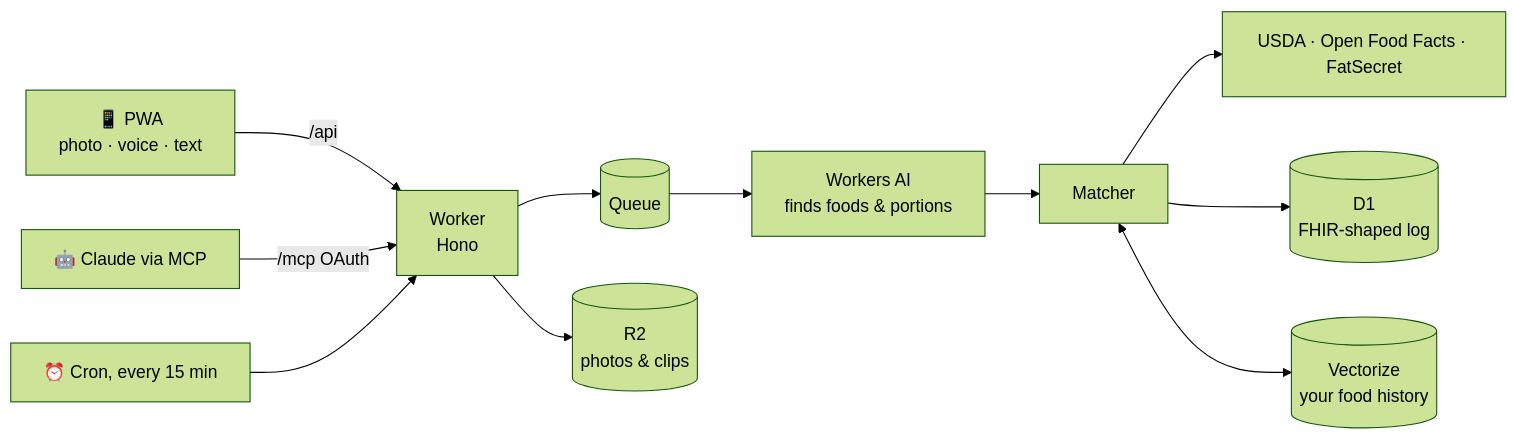
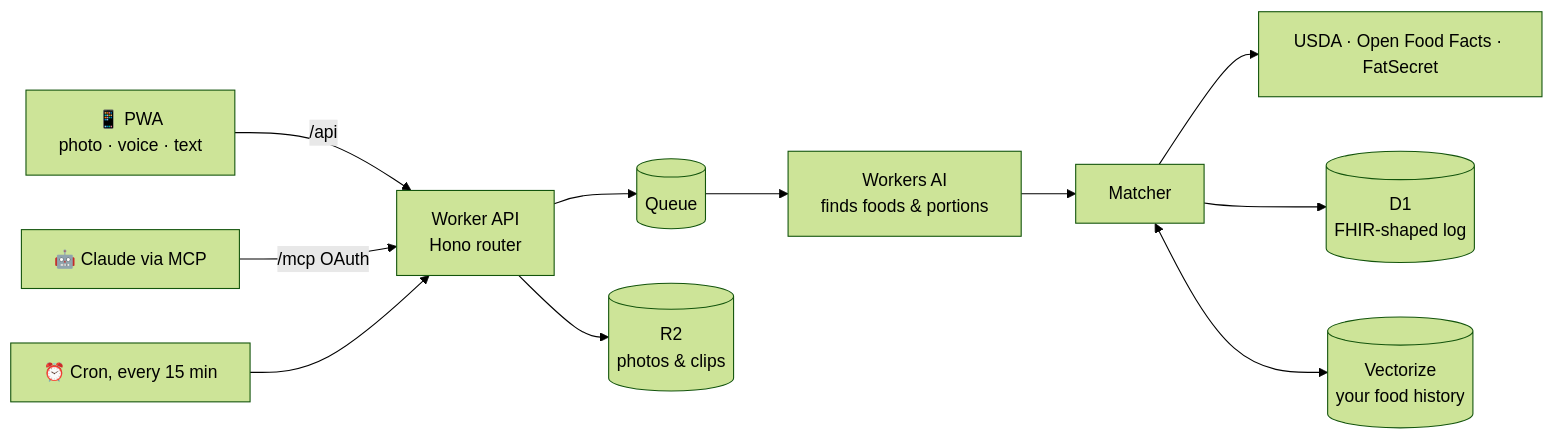
Before and after one commit to awbauer/nutrition-app: the diagram in README.md, drawn with Mermaid (forest theme). The commit also changed other lines of this file and 2 other files, not shown here.

Commit message:
Add MIT license; explain Hono in the README (#95)

````diff
--- a/README.md
+++ b/README.md
@@ -126,13 +127,13 @@
 ```mermaid
 flowchart LR
-  A[📱 PWA<br/>photo · voice · text] -->|/api| W[Worker<br/>Hono]
+  A[📱 PWA<br/>photo · voice · text] -->|/api| W[Worker API<br/>Hono router]
   W --> Q[(Queue)]
   Q --> AI[Workers AI<br/>finds foods & portions]
   AI --> M[Matcher]
   M --> DB1[USDA · Open Food Facts · FatSecret]
   M --> D1[(D1<br/>FHIR-shaped log)]
   W --> R2[(R2<br/>photos & clips)]
   M <--> V[(Vectorize<br/>your food history)]
   C[🤖 Claude via MCP] -->|/mcp OAuth| W
   Cron[⏰ Cron, every 15 min] --> W
 ```
````
